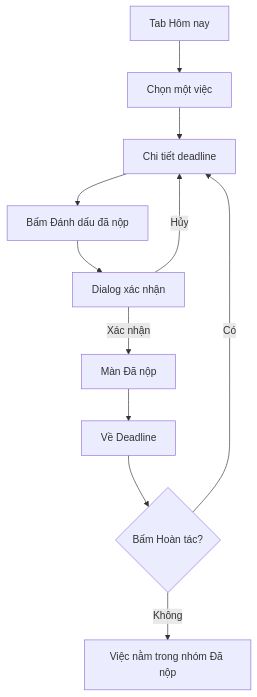
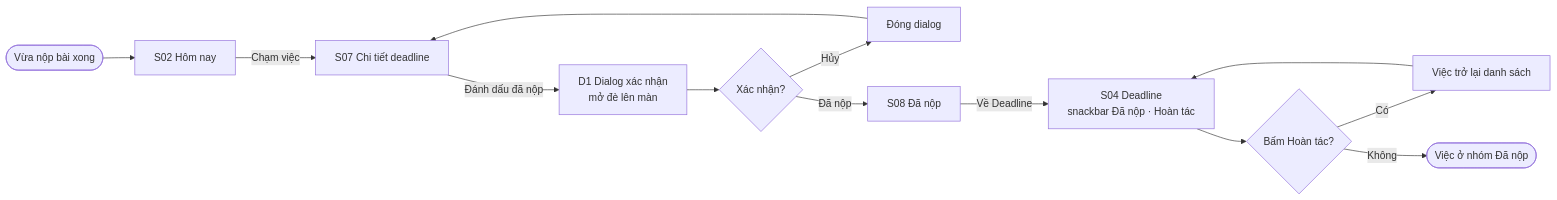
One commit to FU-PRM-Projects/prm393-lab2-group9 changed the third of 6 diagrams in ux/user-flow.md. Above: the diagram before and after it, drawn with Mermaid. The commit also changed other lines of this file and 7 other files, not shown here.

Commit message:
docs: sync persona, IA, design brief and handoff with Figma user flow

````diff
--- a/ux/user-flow.md
+++ b/ux/user-flow.md
@@ -39,13 +122,15 @@
 ```mermaid
-flowchart TD
-  A[Tab Hôm nay] --> B[Chọn một việc]
-  B --> C[Chi tiết deadline]
-  C --> D[Bấm Đánh dấu đã nộp]
-  D --> E[Dialog xác nhận]
-  E -- Hủy --> C
-  E -- Xác nhận --> F[Màn Đã nộp]
-  F --> G[Về Deadline]
-  G --> H{Bấm Hoàn tác?}
-  H -- Có --> C
-  H -- Không --> I[Việc nằm trong nhóm Đã nộp]
+flowchart LR
+  A([Vừa nộp bài xong]) --> B["S02 Hôm nay"]
+  B -- Chạm việc --> C["S07 Chi tiết deadline"]
+  C -- Đánh dấu đã nộp --> D["D1 Dialog xác nhận<br/>mở đè lên màn"]
+  D --> E{"Xác nhận?"}
+  E -- Hủy --> F["Đóng dialog"]
+  F --> C
+  E -- Đã nộp --> G["S08 Đã nộp"]
+  G -- Về Deadline --> H["S04 Deadline<br/>snackbar Đã nộp · Hoàn tác"]
+  H --> I{"Bấm Hoàn tác?"}
+  I -- Có --> J["Việc trở lại danh sách"]
+  J --> H
+  I -- Không --> K([Việc ở nhóm Đã nộp])
 ```
````
